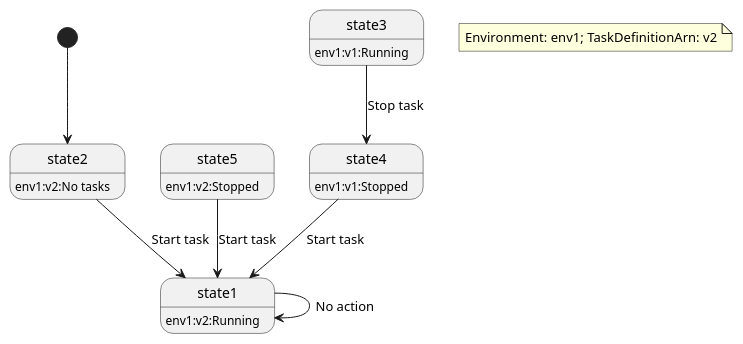
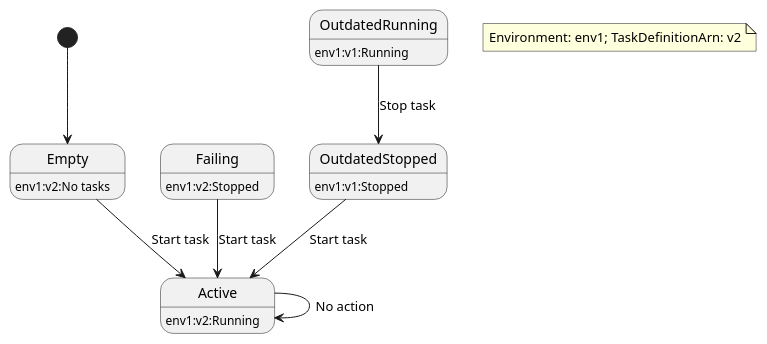
The diagram in docs/diagrams/terminateThenReplaceSchedulerStateTransition.puml (xjhe/blox), drawn with PlantUML before and after one commit. The commit also changed 2 other files, not shown here.

Commit message:
Update the statediagram and event table

```diff
--- a/docs/diagrams/terminateThenReplaceSchedulerStateTransition.puml
+++ b/docs/diagrams/terminateThenReplaceSchedulerStateTransition.puml
@@ -1,16 +1,15 @@
 @startuml
-[*] --> state2
-state2 --> state1 : Start task
-state5 --> state1 : Start task
-state3 --> state4 : Stop task
-state4 --> state1 : Start task
-state1 --> state1: No action
+[*] --> Empty
+Empty --> Active : Start task
+Failing --> Active : Start task
+OutdatedRunning --> OutdatedStopped : Stop task
+OutdatedStopped --> Active : Start task
+Active --> Active: No action
 
-
-state2: env1:v2:No tasks
-state5: env1:v2:Stopped
-state3: env1:v1:Running
-state4: env1:v1:Stopped
-state1: env1:v2:Running
+Empty: env1:v2:No tasks
+Failing: env1:v2:Stopped
+OutdatedRunning: env1:v1:Running
+OutdatedStopped: env1:v1:Stopped
+Active: env1:v2:Running
 note  "Environment: env1; TaskDefinitionArn: v2" as N1
 @enduml
```
